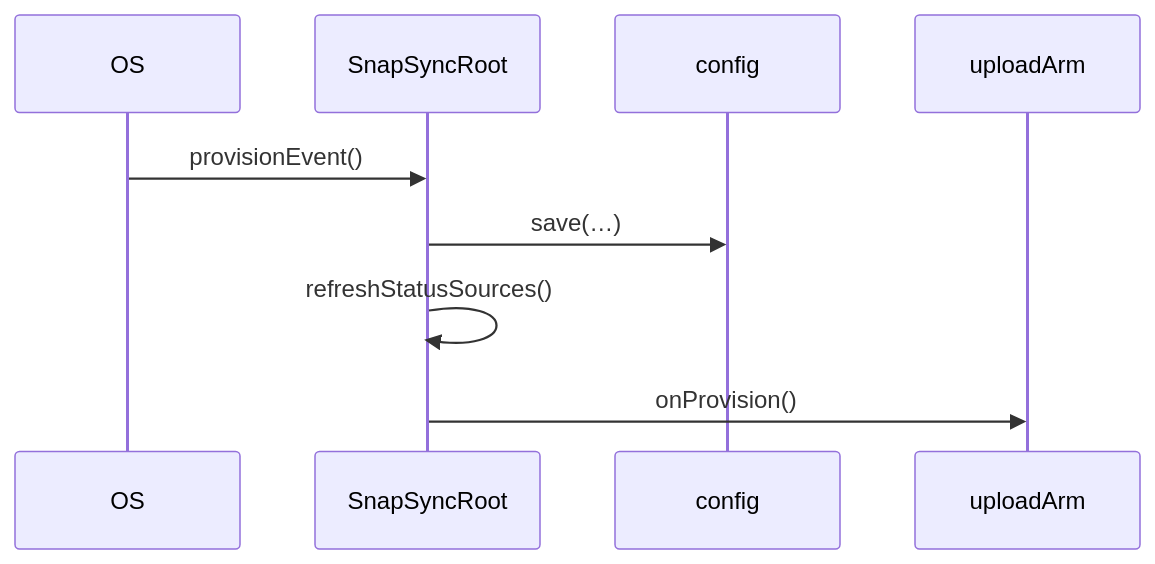
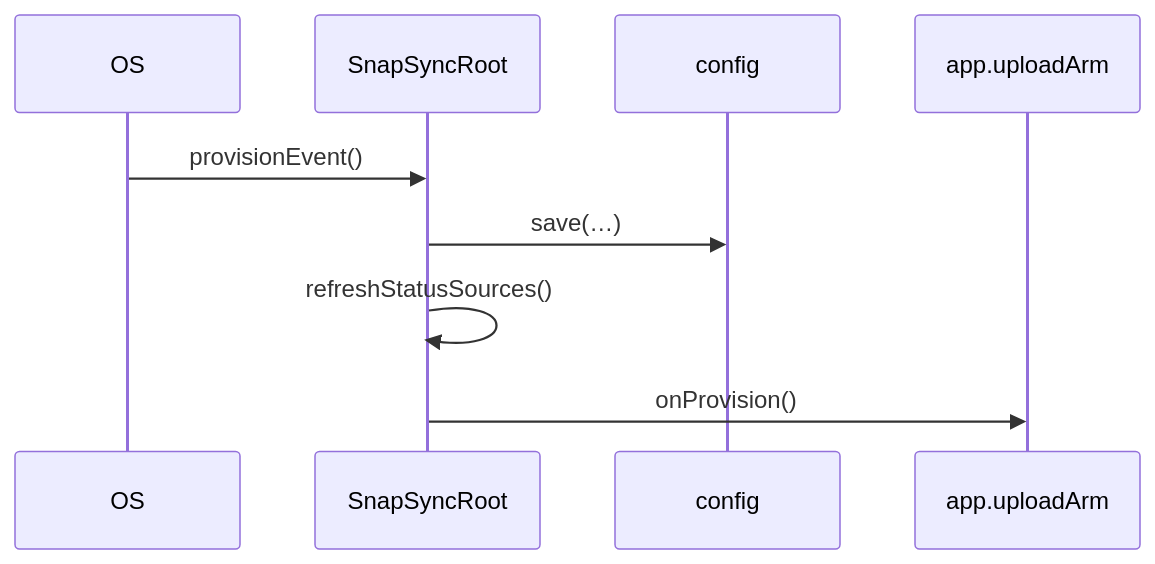
Before and after one commit to stefanhoelzl/SnapSync: the diagram in architecture/flows/provisionEvent.md, drawn with Mermaid. The commit also changed other lines of this file and 38 other files, not shown here.

First line of the commit message:
feat(architecture): migration step 7 — compose/: uploadCore, then snapSyncApp

````diff
--- a/architecture/flows/provisionEvent.md
+++ b/architecture/flows/provisionEvent.md
@@ -12,11 +12,11 @@
 ```mermaid
 sequenceDiagram
   participant OS
   participant SnapSyncRoot
   participant config
-  participant uploadArm
+  participant app_uploadArm as app.uploadArm
   OS->>SnapSyncRoot: provisionEvent()
   SnapSyncRoot->>config: save(…)
   SnapSyncRoot->>SnapSyncRoot: refreshStatusSources()
-  SnapSyncRoot->>uploadArm: onProvision()
+  SnapSyncRoot->>app_uploadArm: onProvision()
 ```
````
